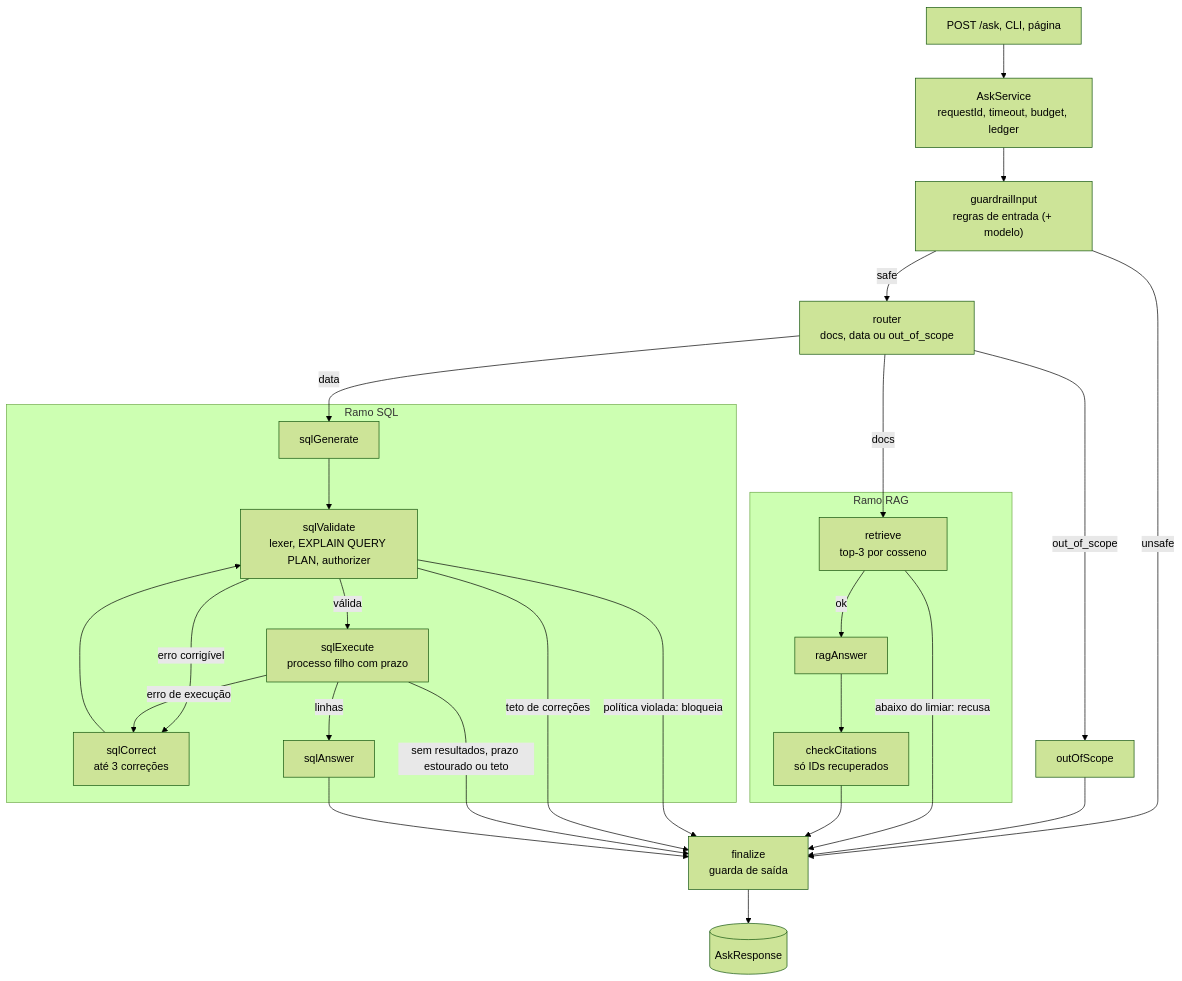
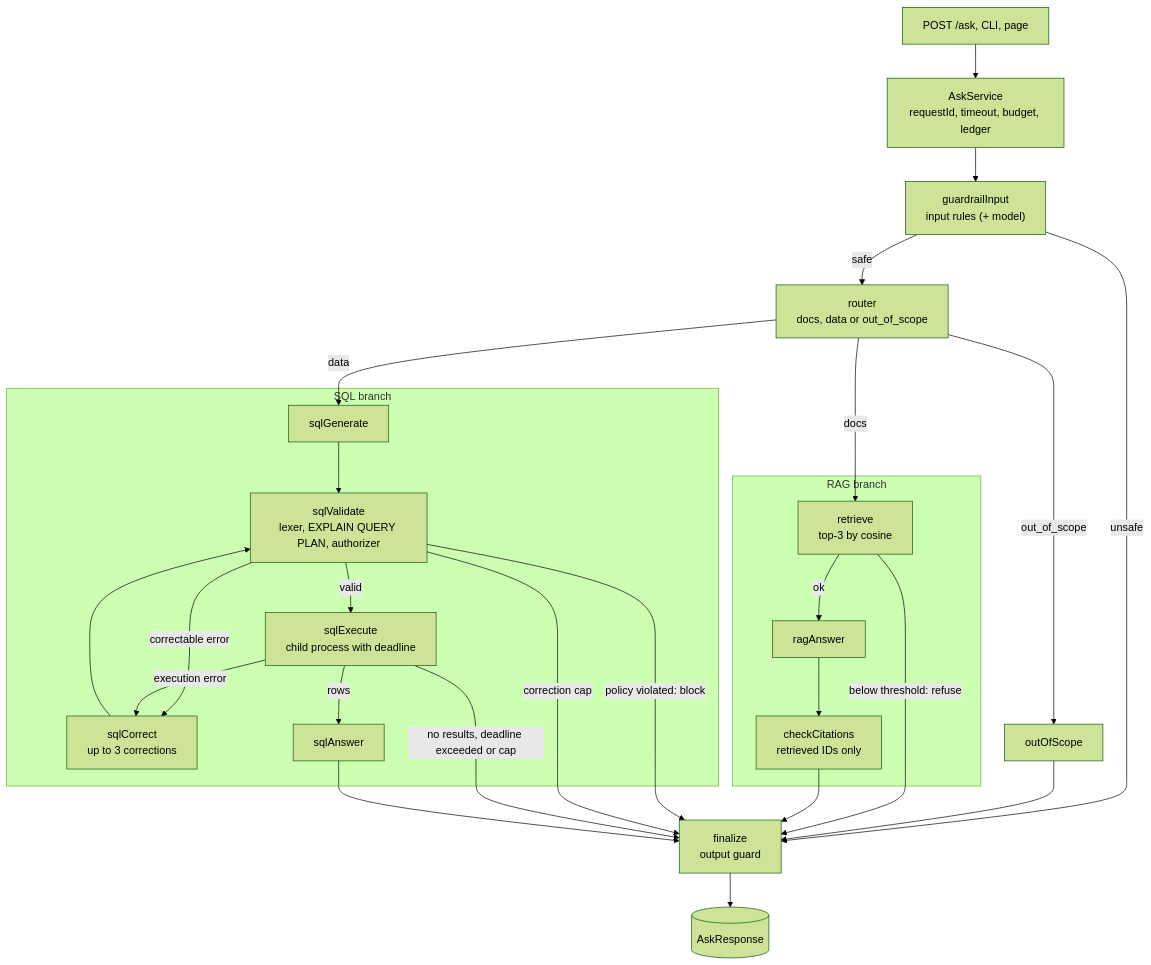
One commit to flaviorg/docs-data-assistant changed the diagram in README.md. Above: the diagram before and after it, drawn with Mermaid (forest theme). The commit also changed other lines of this file, not shown here.

````diff
--- a/README.md
+++ b/README.md
@@ -85,34 +84,34 @@
 ```mermaid
 flowchart TD
-  Q["POST /ask, CLI, página"] --> S["AskService<br/>requestId, timeout, budget, ledger"]
-  S --> G0["guardrailInput<br/>regras de entrada (+ modelo)"]
+  Q["POST /ask, CLI, page"] --> S["AskService<br/>requestId, timeout, budget, ledger"]
+  S --> G0["guardrailInput<br/>input rules (+ model)"]
   G0 -- unsafe --> F
-  G0 -- safe --> R["router<br/>docs, data ou out_of_scope"]
+  G0 -- safe --> R["router<br/>docs, data or out_of_scope"]
   R -- out_of_scope --> O[outOfScope] --> F
 
-  subgraph RAG ["Ramo RAG"]
-    RT["retrieve<br/>top-3 por cosseno"]
+  subgraph RAG ["RAG branch"]
+    RT["retrieve<br/>top-3 by cosine"]
     RA[ragAnswer]
-    CC["checkCitations<br/>só IDs recuperados"]
+    CC["checkCitations<br/>retrieved IDs only"]
     RT -- ok --> RA --> CC
   end
 
-  subgraph SQL ["Ramo SQL"]
+  subgraph SQL ["SQL branch"]
     SG[sqlGenerate] --> SV["sqlValidate<br/>lexer, EXPLAIN QUERY PLAN, authorizer"]
-    SV -- "erro corrigível" --> SC["sqlCorrect<br/>até 3 correções"]
+    SV -- "correctable error" --> SC["sqlCorrect<br/>up to 3 corrections"]
     SC --> SV
-    SV -- válida --> SE["sqlExecute<br/>processo filho com prazo"]
-    SE -- "erro de execução" --> SC
-    SE -- linhas --> SA[sqlAnswer]
+    SV -- valid --> SE["sqlExecute<br/>child process with deadline"]
+    SE -- "execution error" --> SC
+    SE -- rows --> SA[sqlAnswer]
   end
 
   R -- docs --> RT
   R -- data --> SG
-  RT -- "abaixo do limiar: recusa" --> F
+  RT -- "below threshold: refuse" --> F
   CC --> F
-  SV -- "política violada: bloqueia" --> F
-  SV -- "teto de correções" --> F
-  SE -- "sem resultados, prazo estourado ou teto" --> F
+  SV -- "policy violated: block" --> F
+  SV -- "correction cap" --> F
+  SE -- "no results, deadline exceeded or cap" --> F
   SA --> F
-  F["finalize<br/>guarda de saída"] --> END[(AskResponse)]
+  F["finalize<br/>output guard"] --> END[(AskResponse)]
 ```
````
